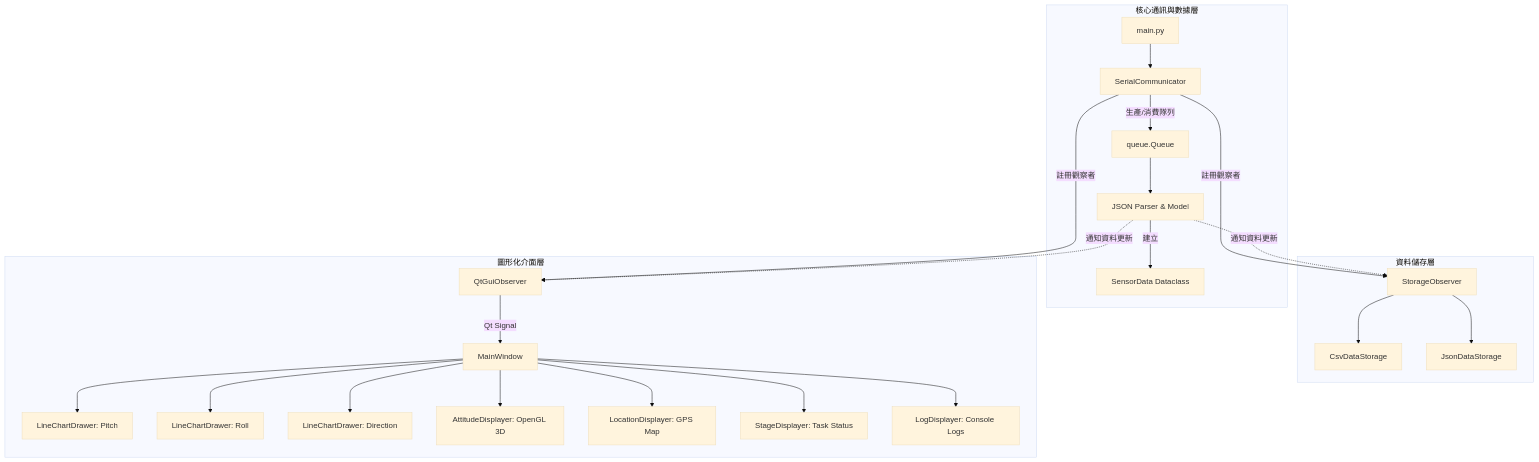
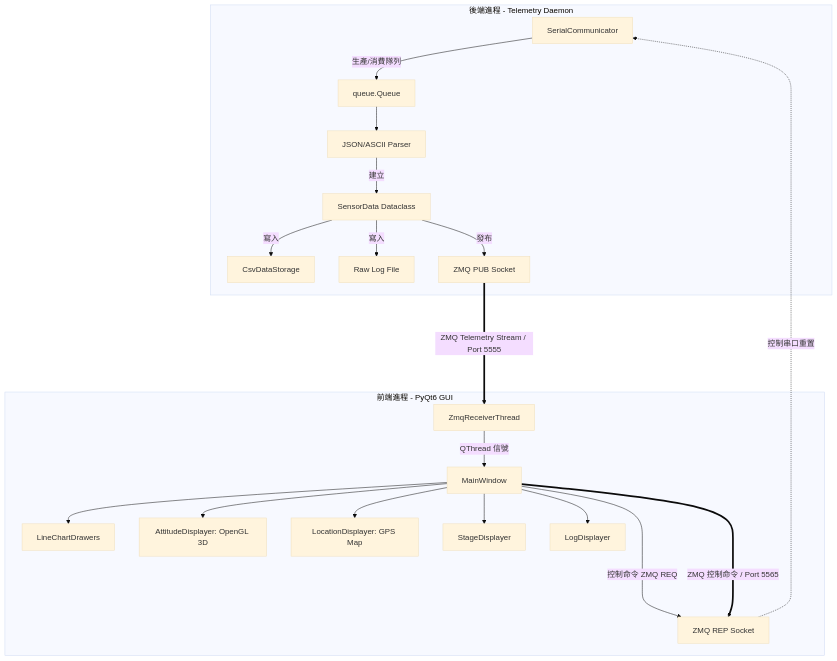
Before and after one commit to jx06T/rocket_system_ground_side: the first of 2 diagrams in doc/architecture.md, drawn with Mermaid (base theme). The commit also changed other lines of this file and 12 other files, not shown here.

Commit message:
feat: implement backend telemetry daemon with ZMQ communication and modular architecture

````diff
--- a/doc/architecture.md
+++ b/doc/architecture.md
@@ -24,32 +24,28 @@
 ```mermaid
 graph TD
-    %% 定義模組
-    subgraph Core [核心通訊與數據層]
-        MC[main.py] --> Comm[SerialCommunicator]
-        Comm -->|生產/消費隊列| Queue[queue.Queue]
-        Queue --> Parser[JSON Parser & Model]
+    subgraph BackendProcess [後端進程 - Telemetry Daemon]
+        Comm[SerialCommunicator] -->|生產/消費隊列| Queue[queue.Queue]
+        Queue --> Parser[JSON/ASCII Parser]
         Parser -->|建立| SD[SensorData Dataclass]
+        
+        SD -->|寫入| CSV[CsvDataStorage]
+        SD -->|寫入| Raw[Raw Log File]
+        SD -->|發布| ZMQPub[ZMQ PUB Socket]
     end
 
-    subgraph Storage [資料儲存層]
-        SO[StorageObserver] --> CSV[CsvDataStorage]
-        SO --> JSON[JsonDataStorage]
+    subgraph GUIProcess [前端進程 - PyQt6 GUI]
+        ZMQSub[ZmqReceiverThread] -->|QThread 信號| MW[MainWindow]
+        MW --> LC[LineChartDrawers]
+        MW --> Cube[AttitudeDisplayer: OpenGL 3D]
+        MW --> Map[LocationDisplayer: GPS Map]
+        MW --> Stage[StageDisplayer]
+        MW --> Log[LogDisplayer]
+        
+        MW -->|控制命令 ZMQ REQ| ZMQRep[ZMQ REP Socket]
     end
 
-    subgraph GUI [圖形化介面層]
-        QO[QtGuiObserver] -->|Qt Signal| MW[MainWindow]
-        MW --> LC1[LineChartDrawer: Pitch]
-        MW --> LC2[LineChartDrawer: Roll]
-        MW --> LC3[LineChartDrawer: Direction]
-        MW --> Cube[AttitudeDisplayer: OpenGL 3D]
-        MW --> Map[LocationDisplayer: GPS Map]
-        MW --> Stage[StageDisplayer: Task Status]
-        MW --> Log[LogDisplayer: Console Logs]
-    end
-
-    %% 關聯線
-    Comm -->|註冊觀察者| SO
-    Comm -->|註冊觀察者| QO
-    Parser -.->|通知資料更新| SO
-    Parser -.->|通知資料更新| QO
+    %% IPC 傳輸線
+    ZMQPub ====>|ZMQ Telemetry Stream / Port 5555| ZMQSub
+    MW ====>|ZMQ 控制命令 / Port 5565| ZMQRep
+    ZMQRep -.->|控制串口重置| Comm
 ```
````
